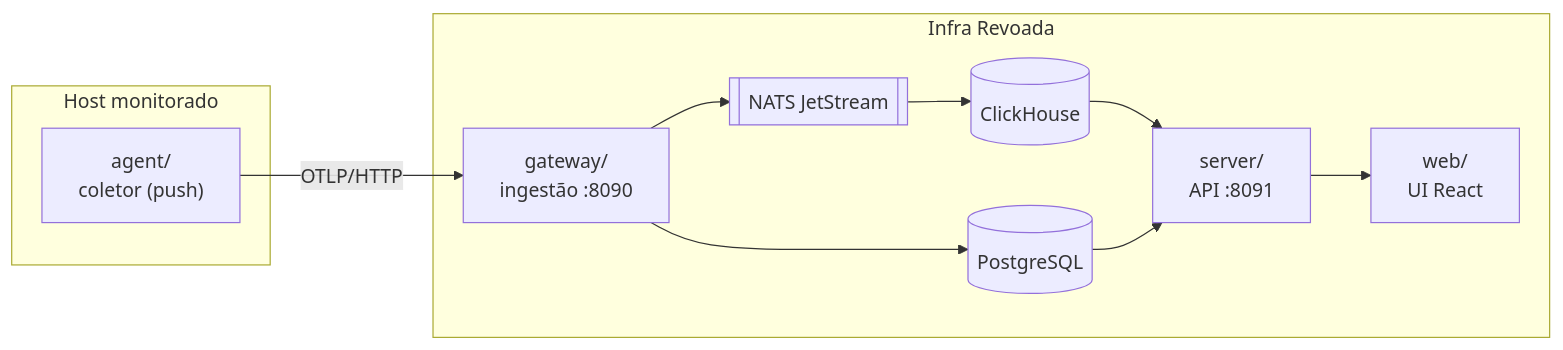
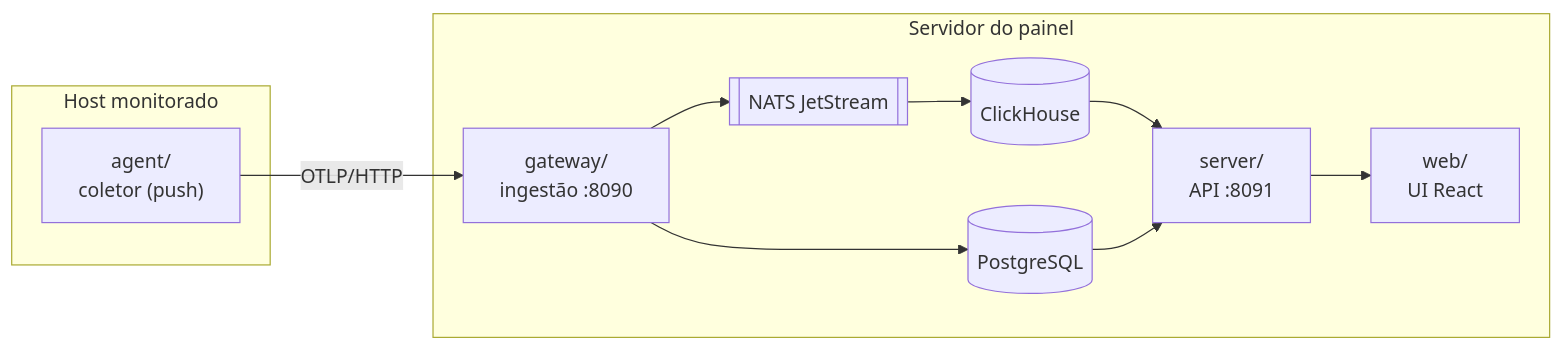
Before and after one commit to eduardorarruda/revoada: the diagram in docs/MANUTENCAO.md, drawn with Mermaid. The commit also changed other lines of this file and 17 other files, not shown here.

````diff
--- a/docs/MANUTENCAO.md
+++ b/docs/MANUTENCAO.md
@@ -25,20 +17,20 @@
 ```mermaid
 flowchart LR
     subgraph host["Host monitorado"]
       AG["agent/<br/>coletor (push)"]
     end
-    subgraph painel["Infra Revoada"]
+    subgraph painel["Servidor do painel"]
       GW["gateway/<br/>ingestão :8090"]
       SV["server/<br/>API :8091"]
       WB["web/<br/>UI React"]
       CH[("ClickHouse")]
       PG[("PostgreSQL")]
       NA[["NATS JetStream"]]
     end
     AG -->|OTLP/HTTP| GW
     GW --> NA --> CH
     GW --> PG
     CH --> SV
     PG --> SV
     SV --> WB
 ```
````
